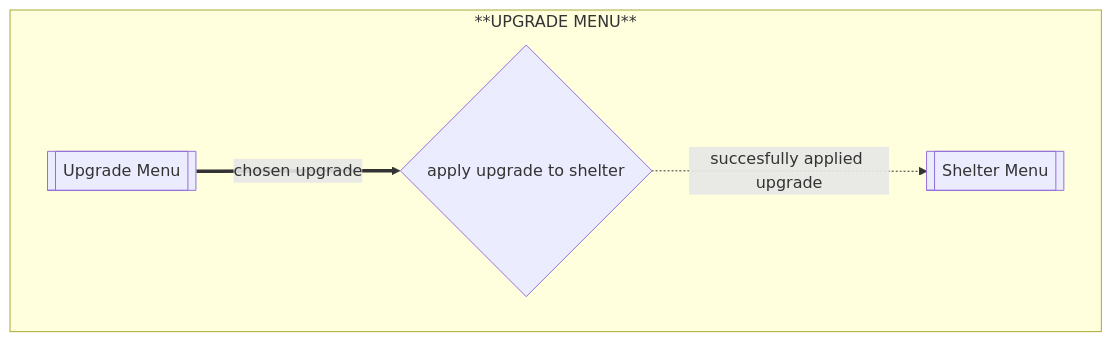
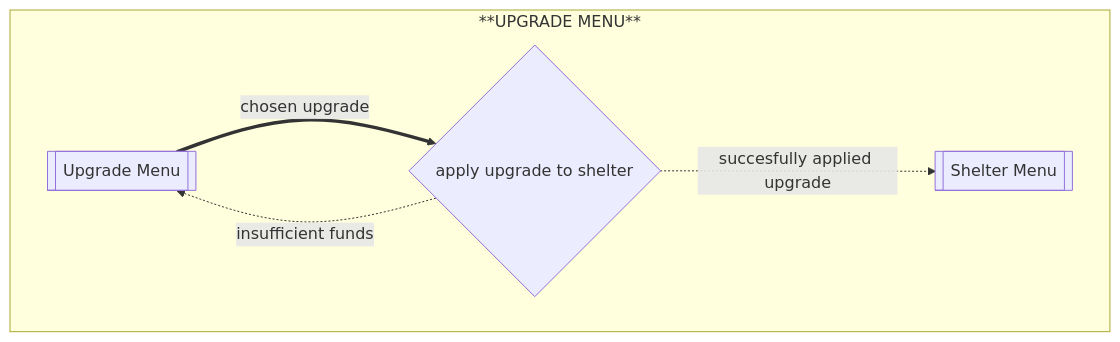
Before and after one commit to AndM-55/clicker-game: the second of 4 diagrams in flows.md, drawn with Mermaid. The commit also changed other lines of this file and 7 other files, not shown here.

````diff
--- a/flows.md
+++ b/flows.md
@@ -28,11 +32,11 @@
 ```mermaid
 flowchart
     subgraph **UPGRADE MENU**
         upgrade-display[[Upgrade Menu]]
         upgrade-chosen{apply upgrade to shelter}
         shelter-menu[[Shelter Menu]]
         upgrade-display==chosen upgrade==>upgrade-chosen
         upgrade-chosen-.succesfully applied upgrade.->shelter-menu
-
+        upgrade-chosen-.insufficient funds.->upgrade-display
     end
 ```
````
